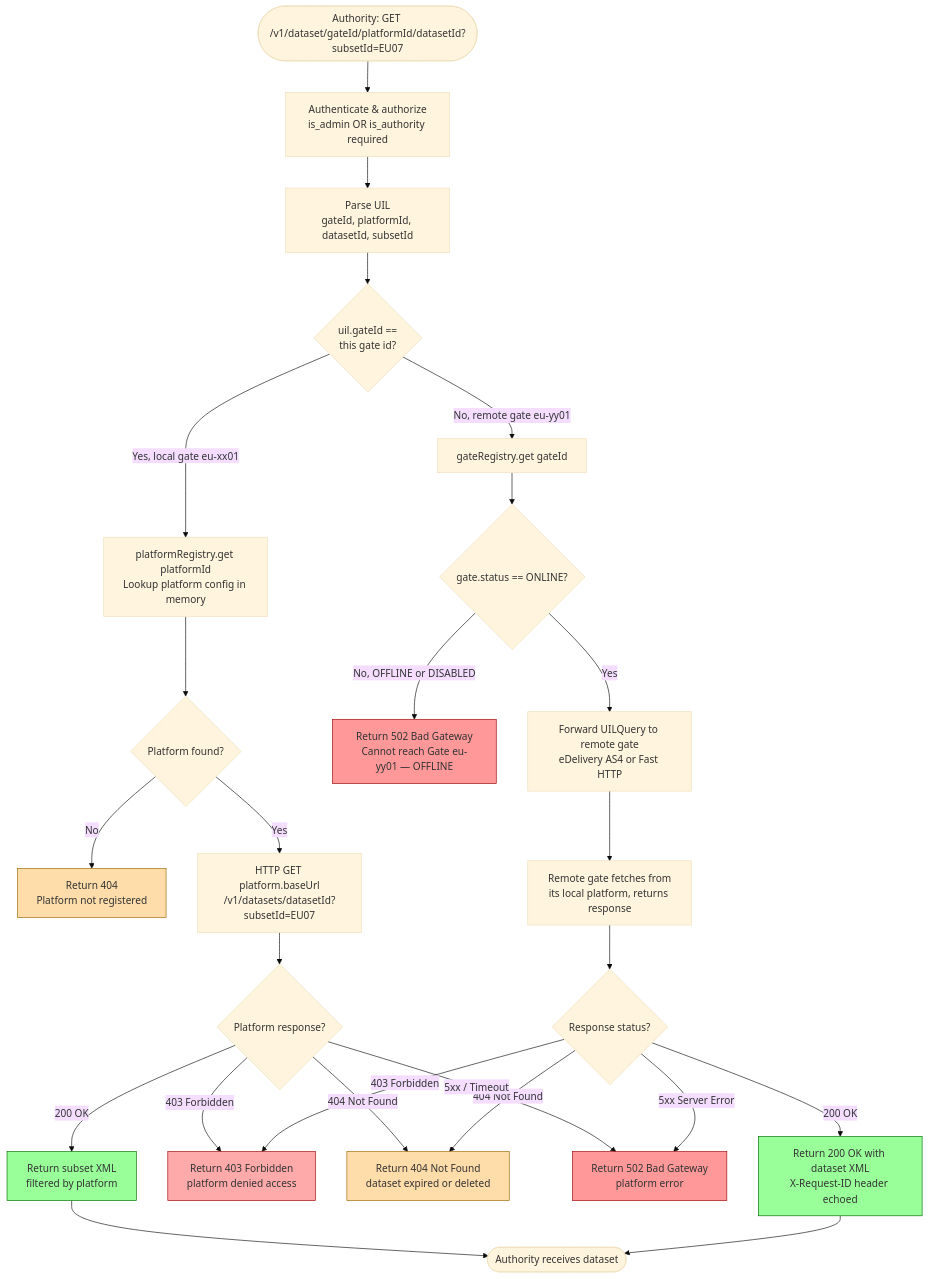
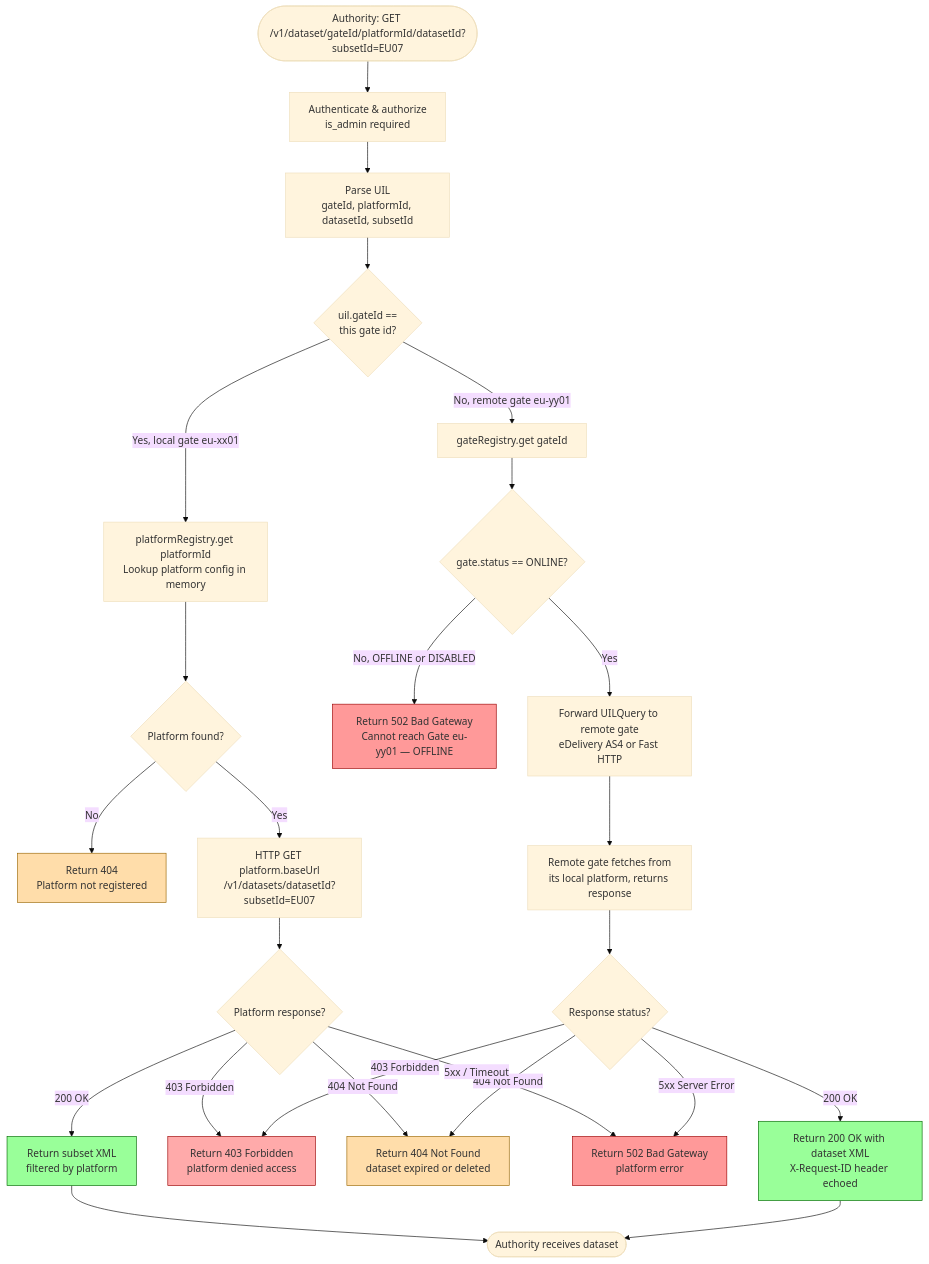
One commit to kemit-ee/efti-gate-ee changed the diagram in docs/specs/diagrams/flow-03-dataset-access-control.mmd. Above: the diagram before and after it, drawn with Mermaid (base theme). The commit also changed 43 other files, not shown here.

```diff
--- a/docs/specs/diagrams/flow-03-dataset-access-control.mmd
+++ b/docs/specs/diagrams/flow-03-dataset-access-control.mmd
@@ -1,43 +1,43 @@
 flowchart TD
-    Start([Authority: GET /v1/dataset/gateId/platformId/datasetId?subsetId=EU07]) --> AuthCheck[Authenticate & authorize\nis_admin OR is_authority required]
+    Start([Authority: GET /v1/dataset/gateId/platformId/datasetId?subsetId=EU07]) --> AuthCheck[Authenticate & authorize\nis_admin required]
 
     AuthCheck --> ParseUIL[Parse UIL\ngateId, platformId, datasetId, subsetId]
 
     ParseUIL --> GateCheck{uil.gateId ==\nthis gate id?}
 
     GateCheck -->|Yes, local gate eu-xx01| LookupLocalPlatform[platformRegistry.get platformId\nLookup platform config in memory]
     GateCheck -->|No, remote gate eu-yy01| LookupRemoteGate[gateRegistry.get gateId]
 
     LookupLocalPlatform --> LocalPlatformFound{Platform found?}
     LocalPlatformFound -->|No| Return404P[Return 404\nPlatform not registered]
     LocalPlatformFound -->|Yes| CallLocalPlatform[HTTP GET platform.baseUrl\n/v1/datasets/datasetId?subsetId=EU07]
 
     LookupRemoteGate --> GateOnline{gate.status == ONLINE?}
     GateOnline -->|No, OFFLINE or DISABLED| Return502["Return 502 Bad Gateway<br/>Cannot reach Gate eu-yy01 — OFFLINE"]
     GateOnline -->|Yes| ForwardToRemote[Forward UILQuery to remote gate\neDelivery AS4 or Fast HTTP]
 
     ForwardToRemote --> RemoteGateResponse[Remote gate fetches from\nits local platform, returns response]
 
     RemoteGateResponse --> RemoteStatus{Response status?}
     RemoteStatus -->|200 OK| ReturnDataset[Return 200 OK with dataset XML\nX-Request-ID header echoed]
     RemoteStatus -->|403 Forbidden| Return403[Return 403 Forbidden\nplatform denied access]
     RemoteStatus -->|404 Not Found| Return404[Return 404 Not Found\ndataset expired or deleted]
     RemoteStatus -->|5xx Server Error| Return502b[Return 502 Bad Gateway\nplatform error]
 
     CallLocalPlatform --> LocalPlatformStatus{Platform response?}
 
     LocalPlatformStatus -->|200 OK| ReturnFilteredDataset[Return subset XML\nfiltered by platform]
     LocalPlatformStatus -->|403 Forbidden| Return403
     LocalPlatformStatus -->|404 Not Found| Return404
     LocalPlatformStatus -->|5xx / Timeout| Return502b
 
     ReturnDataset --> End([Authority receives dataset])
     ReturnFilteredDataset --> End
 
     style Return502 fill:#f99,stroke:#900
     style Return502b fill:#f99,stroke:#900
     style Return403 fill:#faa,stroke:#900
     style Return404 fill:#fda,stroke:#960
     style Return404P fill:#fda,stroke:#960
     style ReturnDataset fill:#9f9,stroke:#060
     style ReturnFilteredDataset fill:#9f9,stroke:#060
```
